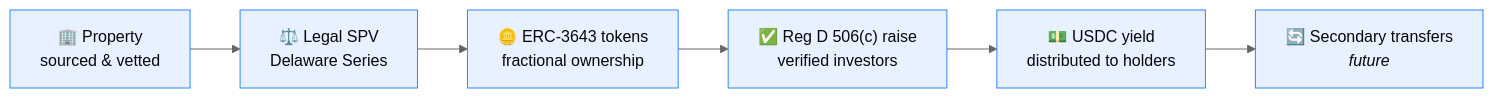
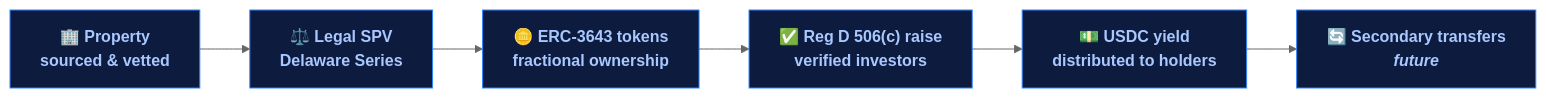
One commit to Gur-noor/Property-United changed the diagram in docs/solution.md. Above: the diagram before and after it, drawn with Mermaid (neutral theme). The commit also changed 17 other files, not shown here.

````diff
--- a/docs/solution.md
+++ b/docs/solution.md
@@ -11,11 +11,11 @@
 ```mermaid
 flowchart LR
     A["🏢 Property<br/>sourced & vetted"] --> B["⚖️ Legal SPV<br/>Delaware Series"]
     B --> C["🪙 ERC-3643 tokens<br/>fractional ownership"]
     C --> D["✅ Reg D 506(c) raise<br/>verified investors"]
     D --> E["💵 USDC yield<br/>distributed to holders"]
     E --> F["🔄 Secondary transfers<br/><i>future</i>"]
 
-    classDef step fill:#e8f1ff,stroke:#2E86FF,color:#05070e;
+    classDef step fill:#0d1b3e,stroke:#2E86FF,color:#a8c8ff,font-weight:600;
     class A,B,C,D,E,F step;
 ```
````
